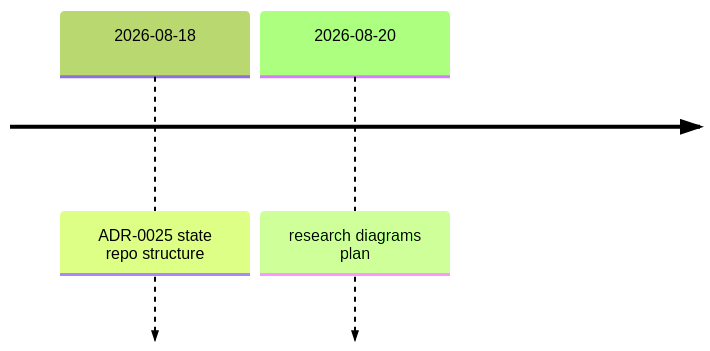
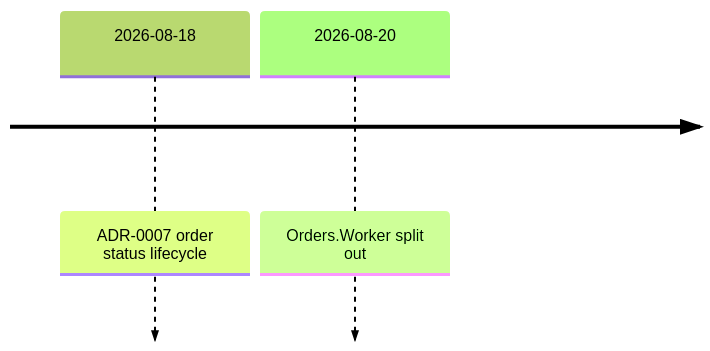
The eighth of 10 diagrams in skills/block-research/references/diagrams.md (Lukdrasil/claude-factory), drawn with Mermaid (forest theme) before and after one commit. The commit also changed other lines of this file and 48 other files, not shown here.

````diff
--- a/skills/block-research/references/diagrams.md
+++ b/skills/block-research/references/diagrams.md
@@ -101,5 +101,5 @@
 ```mermaid
 timeline
-    2026-08-18 : ADR-0025 state repo structure
-    2026-08-20 : research diagrams plan
+    2026-08-18 : ADR-0007 order status lifecycle
+    2026-08-20 : Orders.Worker split out
 ```
````
